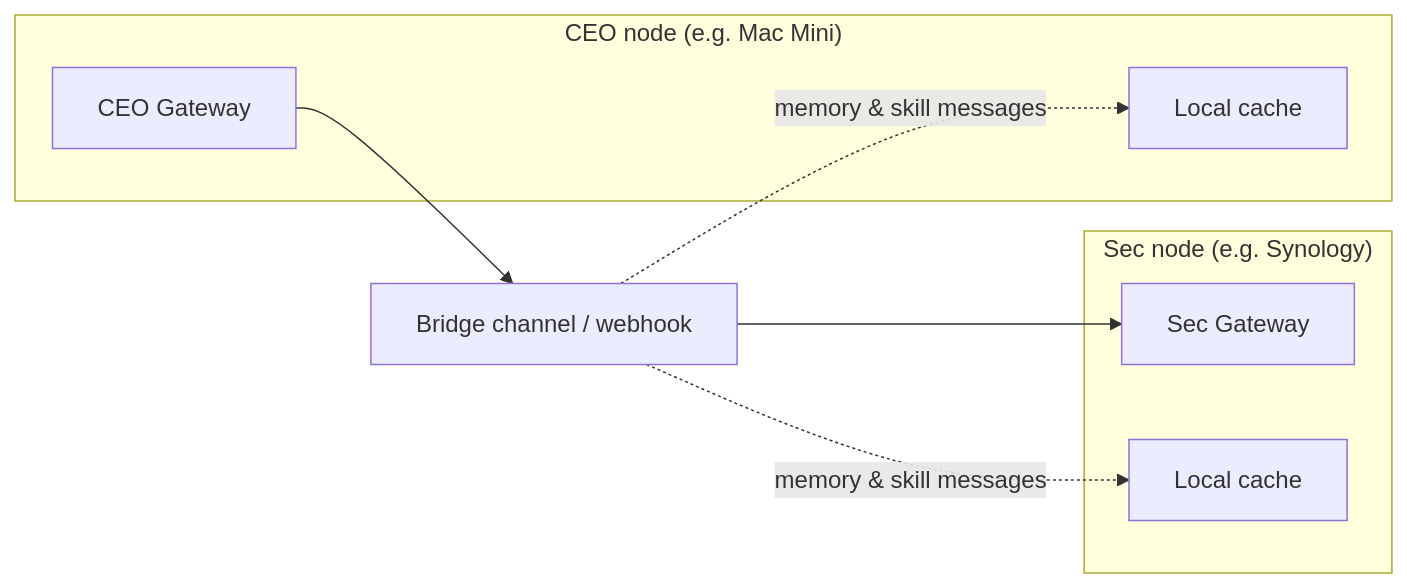
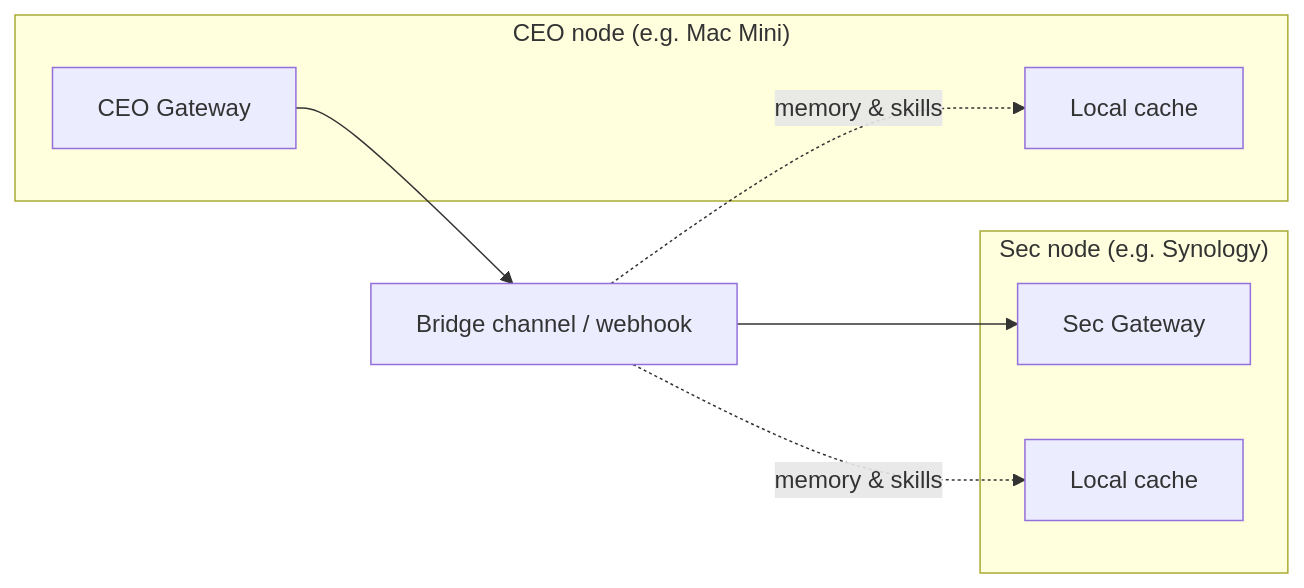
One commit to bgoldmann/Raise-The-OpenClaw changed the second of 2 diagrams in README.md. Above: the diagram before and after it, drawn with Mermaid. The commit also changed other lines of this file and 9 other files, not shown here.

````diff
--- a/README.md
+++ b/README.md
@@ -28,16 +56,16 @@
 ```mermaid
 flowchart LR
   subgraph CEO_node["CEO node (e.g. Mac Mini)"]
     CEO_GW[CEO Gateway]
     CEO_Cache[Local cache]
   end
   subgraph Sec_node["Sec node (e.g. Synology)"]
     Sec_GW[Sec Gateway]
     Sec_Cache[Local cache]
   end
   Bridge[Bridge channel / webhook]
   CEO_GW --> Bridge
   Bridge --> Sec_GW
-  Bridge -.->|"memory & skill messages"| CEO_Cache
-  Bridge -.->|"memory & skill messages"| Sec_Cache
+  Bridge -.->|memory & skills| CEO_Cache
+  Bridge -.->|memory & skills| Sec_Cache
 ```
````
